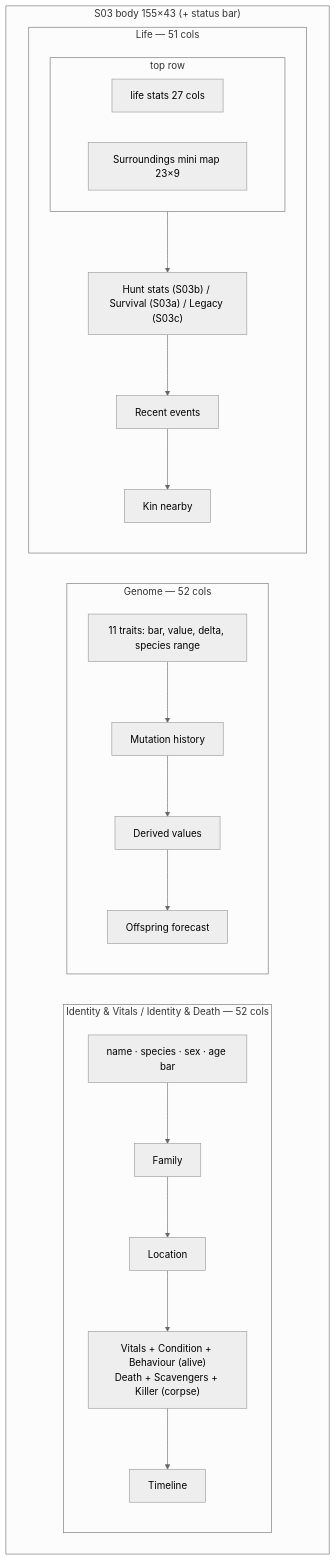
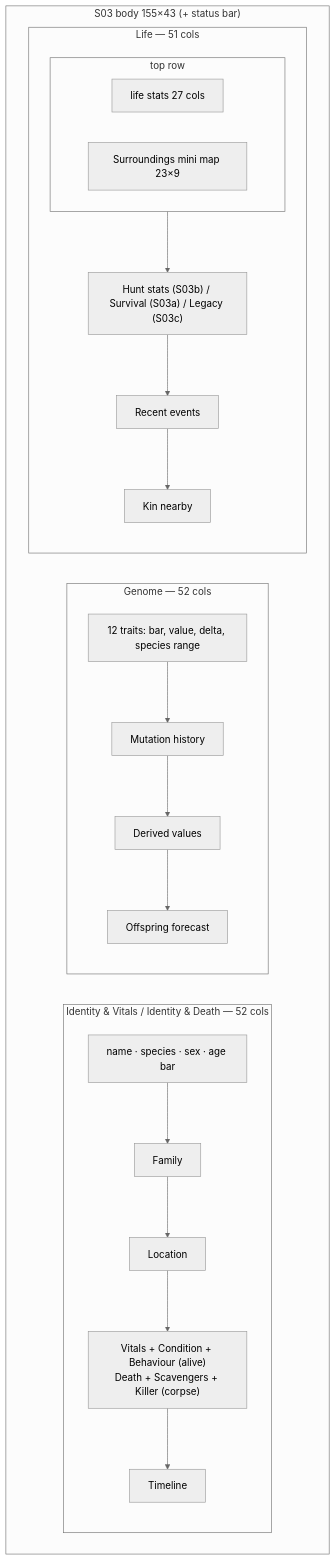
The first of 2 diagrams in docs/screens/s03-creature-inspector.md (sbayer55/sim-fortress), drawn with Mermaid (neutral theme) before and after one commit. The commit also changed other lines of this file and 29 other files, not shown here.

````diff
--- a/docs/screens/s03-creature-inspector.md
+++ b/docs/screens/s03-creature-inspector.md
@@ -39,35 +39,35 @@
 ```mermaid
 flowchart LR
     subgraph body["S03 body 155×43 (+ status bar)"]
         direction LR
         subgraph L["Identity & Vitals / Identity & Death — 52 cols"]
             direction TB
             L1["name · species · sex · age bar"]
             L2["Family"]
             L3["Location"]
             L4["Vitals + Condition + Behaviour (alive)<br/>Death + Scavengers + Killer (corpse)"]
             L5["Timeline"]
             L1 --> L2 --> L3 --> L4 --> L5
         end
         subgraph M["Genome — 52 cols"]
             direction TB
-            M1["11 traits: bar, value, delta, species range"]
+            M1["12 traits: bar, value, delta, species range"]
             M2["Mutation history"]
             M3["Derived values"]
             M4["Offspring forecast"]
             M1 --> M2 --> M3 --> M4
         end
         subgraph R["Life — 51 cols"]
             direction TB
             subgraph RT["top row"]
                 direction LR
                 R1["life stats 27 cols"]
                 R2["Surroundings mini map 23×9"]
             end
             R3["Hunt stats (S03b) / Survival (S03a) / Legacy (S03c)"]
             R4["Recent events"]
             R5["Kin nearby"]
             RT --> R3 --> R4 --> R5
         end
     end
 ```
````
